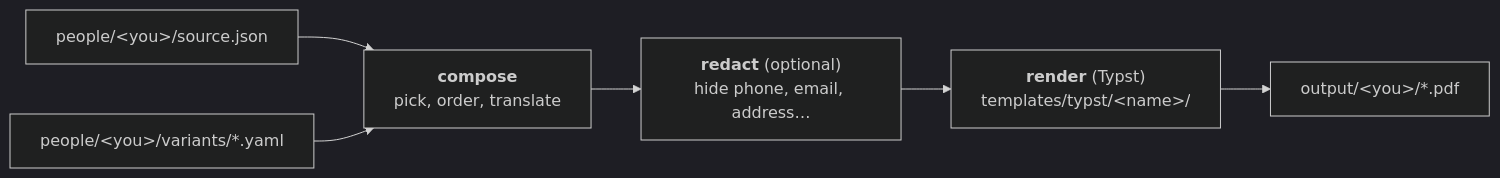
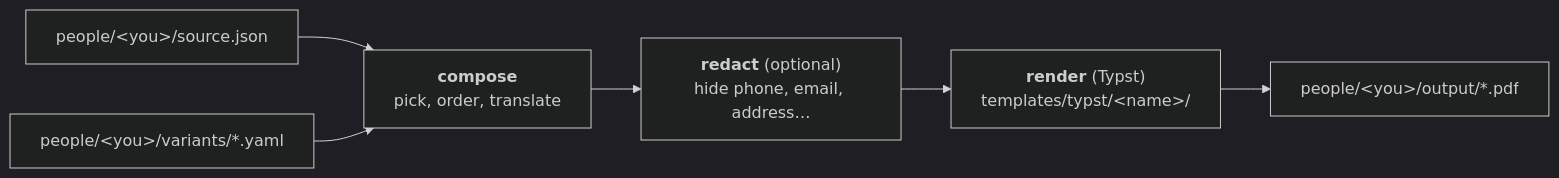
The diagram in README.md (MeloDev2111/cv-factory), drawn with Mermaid (dark theme) before and after one commit. The commit also changed other lines of this file and 18 other files, not shown here.

Commit message:
refactor: write PDFs to people/<slug>/output/ so each person keeps inputs and outputs together

````diff
--- a/README.md
+++ b/README.md
@@ -109,8 +109,8 @@
 ```mermaid
 flowchart LR
     A["people/&lt;you&gt;/source.json"] --> C
     B["people/&lt;you&gt;/variants/*.yaml"] --> C
     C["<b>compose</b><br/>pick, order, translate"] --> R["<b>redact</b> (optional)<br/>hide phone, email, address…"]
     R --> T["<b>render</b> (Typst)<br/>templates/typst/&lt;name&gt;/"]
-    T --> P["output/&lt;you&gt;/*.pdf"]
+    T --> P["people/&lt;you&gt;/output/*.pdf"]
 ```
````
